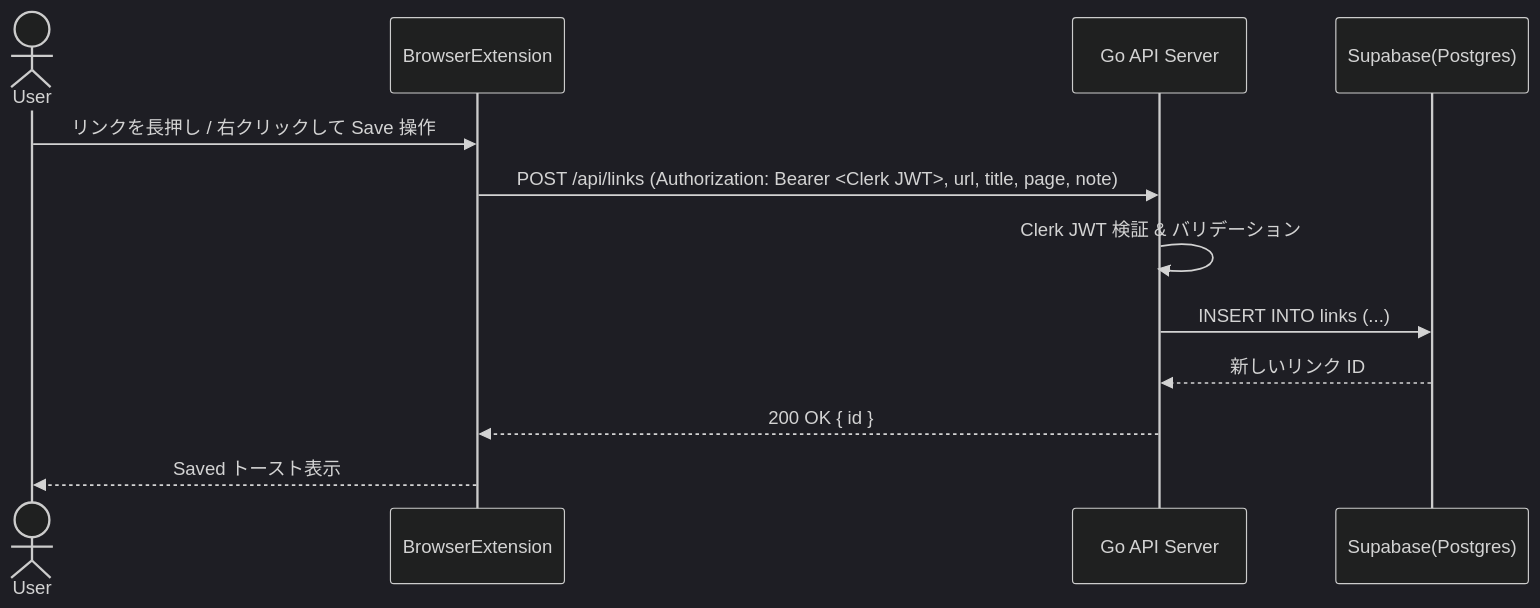
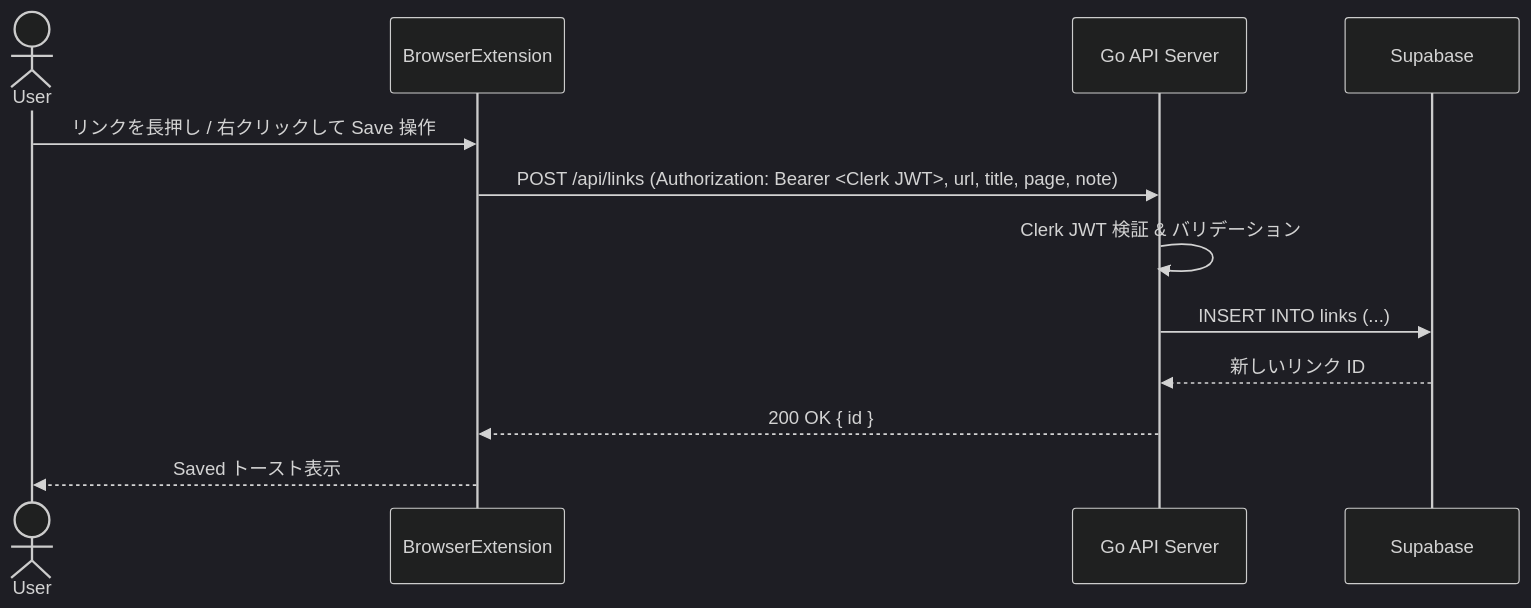
The fifth of 7 diagrams in documents/architecture.md (lvncer/quicklinks), drawn with Mermaid (dark theme) before and after one commit. The commit also changed other lines of this file and 4 other files, not shown here.

First line of the commit message:
docs(README,architecture): ドキュメント構造を整理してテーブル形式に変更し、アーキテクチャ文書を簡素化

````diff
--- a/documents/architecture.md
+++ b/documents/architecture.md
@@ -172,15 +152,15 @@
-   ```mermaid
-   sequenceDiagram
-    actor User as User
-    participant Ext as BrowserExtension
-    participant API as Go API Server
-    participant DB as Supabase(Postgres)
+```mermaid
+sequenceDiagram
+actor User as User
+participant Ext as BrowserExtension
+participant API as Go API Server
+participant DB as Supabase
 
-    User->>Ext: リンクを長押し / 右クリックして Save 操作
-    Ext->>API: POST /api/links (Authorization: Bearer <Clerk JWT>, url, title, page, note)
-    API->>API: Clerk JWT 検証 & バリデーション
-    API->>DB: INSERT INTO links (...)
-    DB-->>API: 新しいリンク ID
-    API-->>Ext: 200 OK { id }
-    Ext-->>User: Saved トースト表示
-   ```
+User->>Ext: リンクを長押し / 右クリックして Save 操作
+Ext->>API: POST /api/links (Authorization: Bearer <Clerk JWT>, url, title, page, note)
+API->>API: Clerk JWT 検証 & バリデーション
+API->>DB: INSERT INTO links (...)
+DB-->>API: 新しいリンク ID
+API-->>Ext: 200 OK { id }
+Ext-->>User: Saved トースト表示
+```
````
